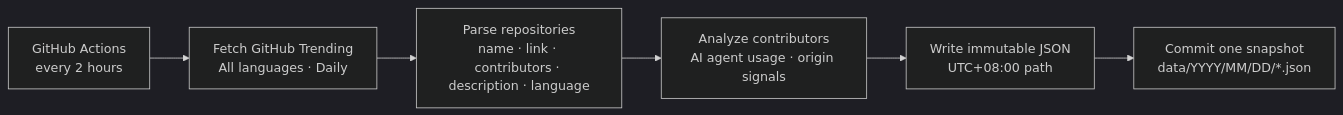
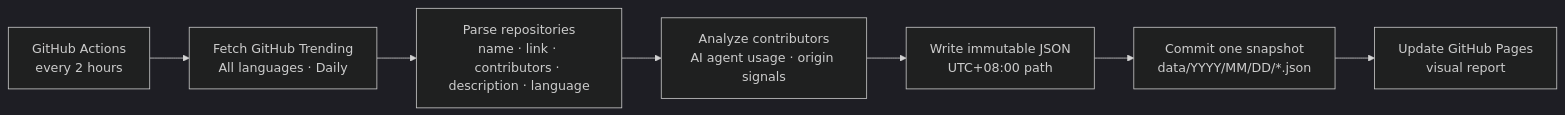
The first of 2 diagrams in README.en.md (lurui1997/GeekTrend), drawn with Mermaid (dark theme) before and after one commit. The commit also changed other lines of this file and 11 other files, not shown here.

Commit message:
Add GitHub Pages trend dashboard

````diff
--- a/README.en.md
+++ b/README.en.md
@@ -44,8 +44,9 @@
 ```mermaid
 flowchart LR
     A["GitHub Actions<br/>every 2 hours"] --> B["Fetch GitHub Trending<br/>All languages · Daily"]
     B --> C["Parse repositories<br/>name · link · contributors · description · language"]
     C --> D["Analyze contributors<br/>AI agent usage · origin signals"]
     D --> E["Write immutable JSON<br/>UTC+08:00 path"]
     E --> F["Commit one snapshot<br/>data/YYYY/MM/DD/*.json"]
+    F --> G["Update GitHub Pages<br/>visual report"]
 ```
````
